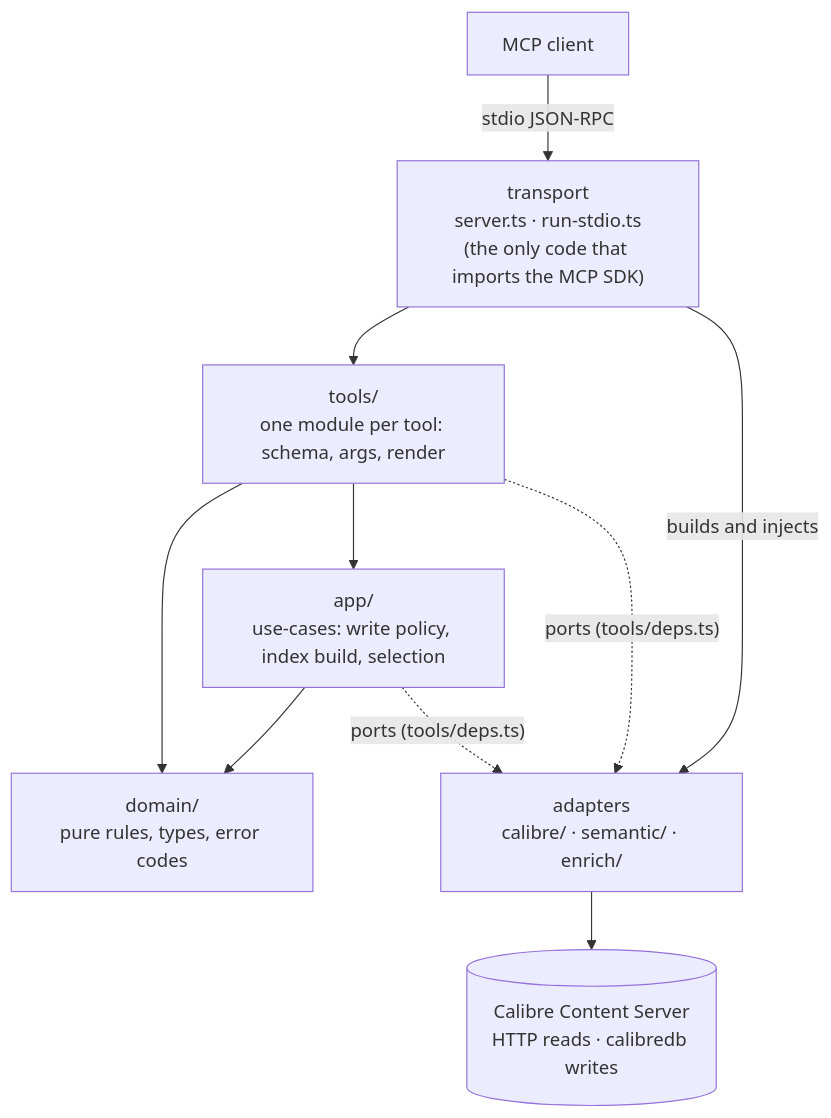
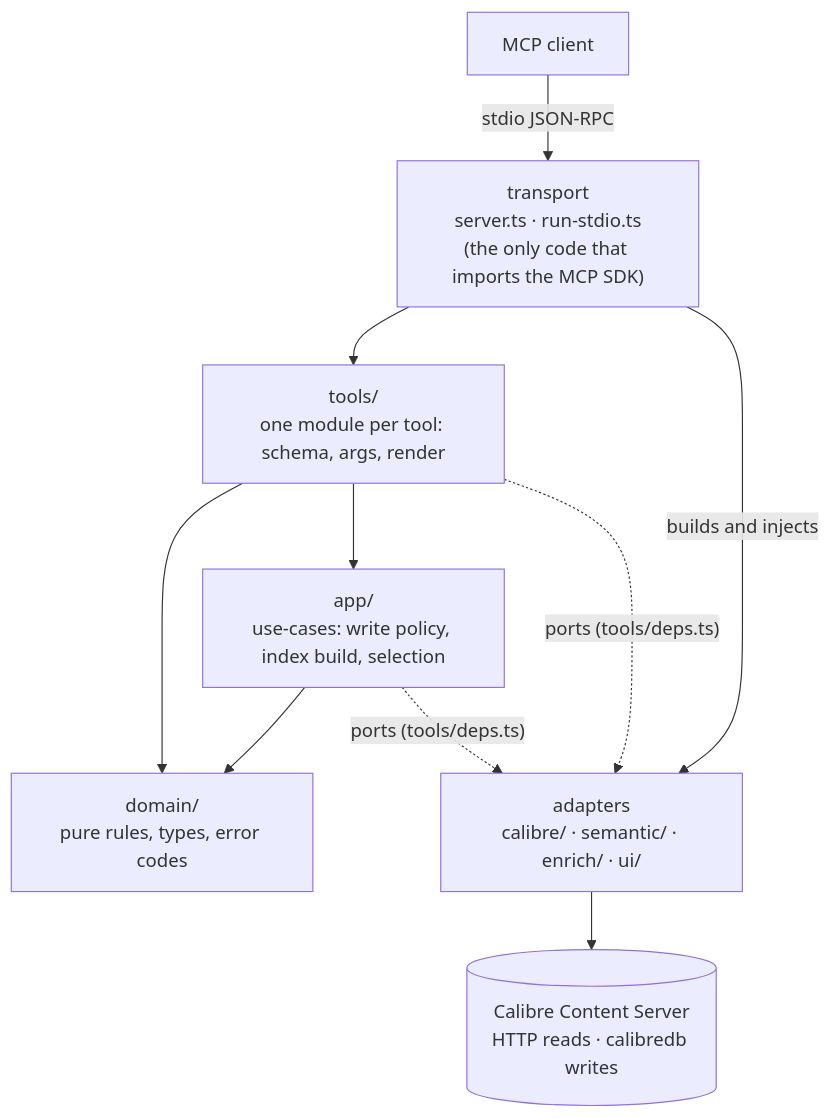
The diagram in docs/ARCHITECTURE.md (caelum29/calibre-mcp), drawn with Mermaid before and after one commit. The commit also changed other lines of this file and 1 other file, not shown here.

First line of the commit message:
docs(architecture): correct widget data paths, chunk overlap and decision ids (#453)

````diff
--- a/docs/ARCHITECTURE.md
+++ b/docs/ARCHITECTURE.md
@@ -23,12 +23,12 @@
 ```mermaid
 flowchart TD
   client["MCP client"] -->|stdio JSON-RPC| transport["transport<br/>server.ts · run-stdio.ts<br/>(the only code that imports the MCP SDK)"]
   transport --> tools["tools/<br/>one module per tool: schema, args, render"]
   tools --> app["app/<br/>use-cases: write policy, index build, selection"]
   tools --> domain["domain/<br/>pure rules, types, error codes"]
   app --> domain
   app -. "ports (tools/deps.ts)" .-> adapters
-  tools -. "ports (tools/deps.ts)" .-> adapters["adapters<br/>calibre/ · semantic/ · enrich/"]
+  tools -. "ports (tools/deps.ts)" .-> adapters["adapters<br/>calibre/ · semantic/ · enrich/ · ui/"]
   transport -->|"builds and injects"| adapters
   adapters --> calibre[("Calibre Content Server<br/>HTTP reads · calibredb writes")]
 ```
````
